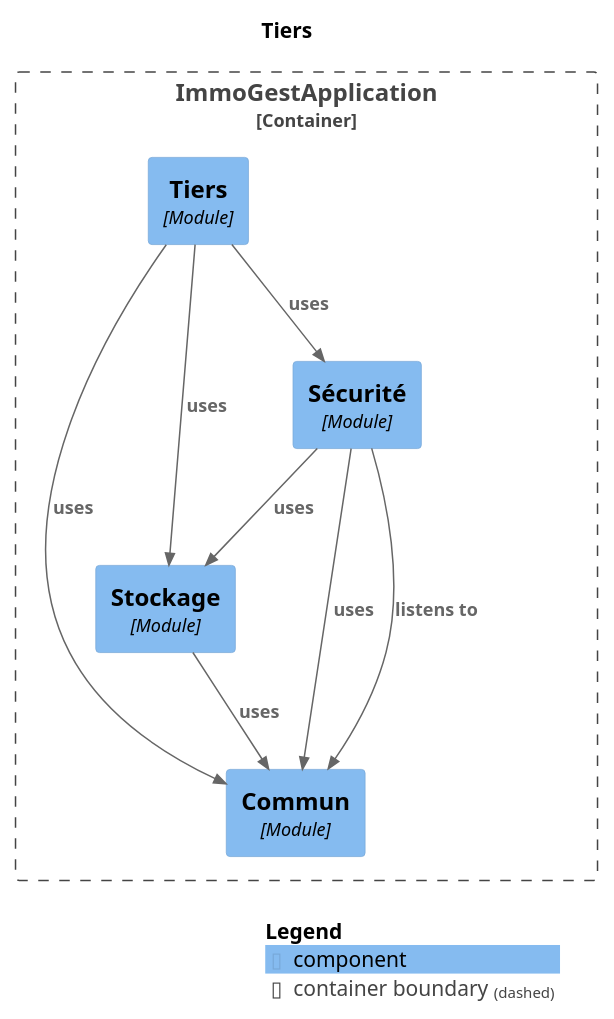
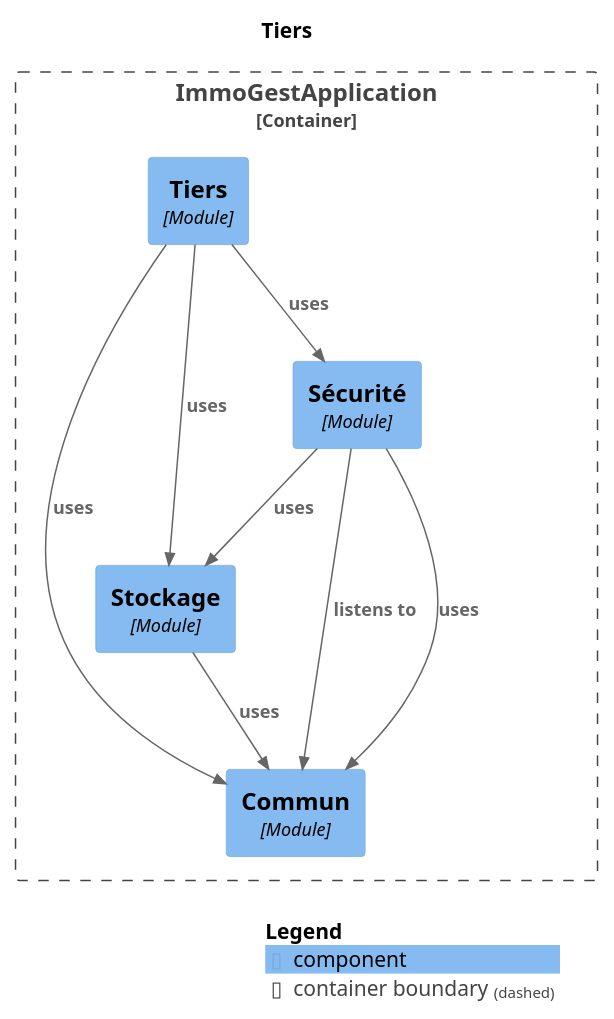
One commit to fixedevelloper/csimmo changed the diagram in docs/modules/module-tiers.puml. Above: the diagram before and after it, drawn with PlantUML. The commit also changed other lines of this file and 34 other files, not shown here.

```diff
--- a/docs/modules/module-tiers.puml
+++ b/docs/modules/module-tiers.puml
@@ -1,27 +1,27 @@
 @startuml
 set separator none
 title Tiers
 
 top to bottom direction
 
 !include <C4/C4>
 !include <C4/C4_Context>
 !include <C4/C4_Component>
 
 Container_Boundary("ImmoGestApplication.ImmoGestApplication_boundary", "ImmoGestApplication", $tags="") {
   Component(ImmoGestApplication.ImmoGestApplication.Commun, "Commun", $techn="Module", $descr="", $tags="", $link="")
   Component(ImmoGestApplication.ImmoGestApplication.Stockage, "Stockage", $techn="Module", $descr="", $tags="", $link="")
   Component(ImmoGestApplication.ImmoGestApplication.Sécurité, "Sécurité", $techn="Module", $descr="", $tags="", $link="")
   Component(ImmoGestApplication.ImmoGestApplication.Tiers, "Tiers", $techn="Module", $descr="", $tags="", $link="")
 }
 
-Rel(ImmoGestApplication.ImmoGestApplication.Sécurité, ImmoGestApplication.ImmoGestApplication.Commun, "uses", $techn="", $tags="", $link="")
-Rel(ImmoGestApplication.ImmoGestApplication.Sécurité, ImmoGestApplication.ImmoGestApplication.Stockage, "uses", $techn="", $tags="", $link="")
 Rel(ImmoGestApplication.ImmoGestApplication.Stockage, ImmoGestApplication.ImmoGestApplication.Commun, "uses", $techn="", $tags="", $link="")
 Rel(ImmoGestApplication.ImmoGestApplication.Tiers, ImmoGestApplication.ImmoGestApplication.Stockage, "uses", $techn="", $tags="", $link="")
 Rel(ImmoGestApplication.ImmoGestApplication.Tiers, ImmoGestApplication.ImmoGestApplication.Commun, "uses", $techn="", $tags="", $link="")
 Rel(ImmoGestApplication.ImmoGestApplication.Tiers, ImmoGestApplication.ImmoGestApplication.Sécurité, "uses", $techn="", $tags="", $link="")
 Rel(ImmoGestApplication.ImmoGestApplication.Sécurité, ImmoGestApplication.ImmoGestApplication.Commun, "listens to", $techn="", $tags="", $link="")
+Rel(ImmoGestApplication.ImmoGestApplication.Sécurité, ImmoGestApplication.ImmoGestApplication.Commun, "uses", $techn="", $tags="", $link="")
+Rel(ImmoGestApplication.ImmoGestApplication.Sécurité, ImmoGestApplication.ImmoGestApplication.Stockage, "uses", $techn="", $tags="", $link="")
 
 SHOW_LEGEND(true)
 @enduml
```
